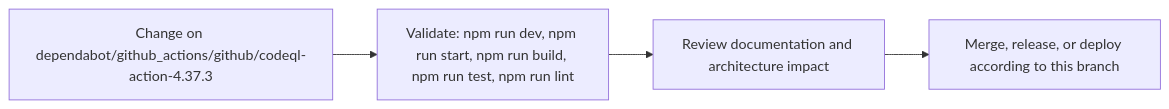
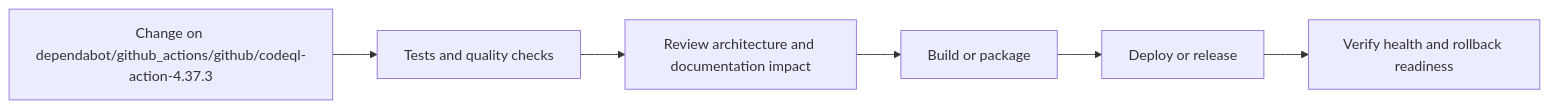
One commit to Nischhalsubba/BindForge-NW changed the fifth of 6 diagrams in README.md. Above: the diagram before and after it, drawn with Mermaid. The commit also changed other lines of this file, not shown here.

````diff
--- a/README.md
+++ b/README.md
@@ -88,8 +186,8 @@
 ```mermaid
 flowchart LR
-    CHANGE["Change on dependabot/github_actions/github/codeql-action-4.37.3"]
-    CHECK["Validate: npm run dev, npm run start, npm run build, npm run test, npm run lint"]
-    REVIEW["Review documentation and architecture impact"]
-    RELEASE["Merge, release, or deploy according to this branch"]
-    CHANGE --> CHECK --> REVIEW --> RELEASE
+    CHANGE["Change on dependabot/github_actions/github/codeql-action-4.37.3"] --> CHECK["Tests and quality checks"]
+    CHECK --> REVIEW["Review architecture and documentation impact"]
+    REVIEW --> BUILD["Build or package"]
+    BUILD --> DEPLOY["Deploy or release"]
+    DEPLOY --> VERIFY["Verify health and rollback readiness"]
 ```
````
